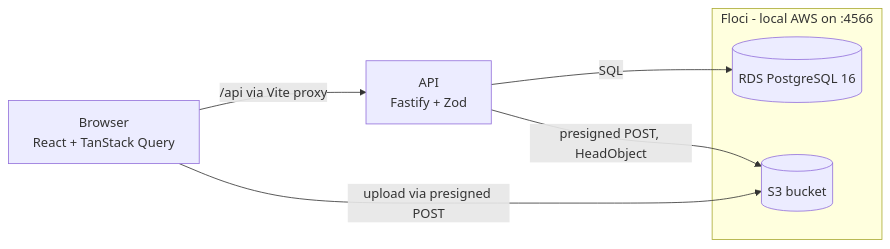
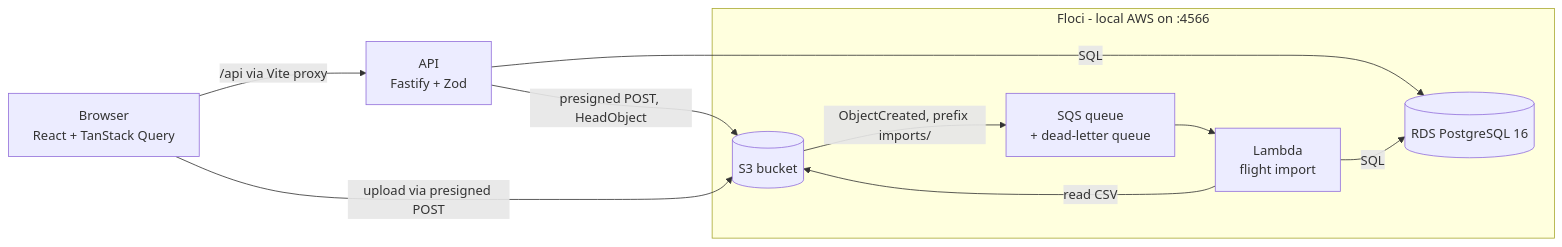
The diagram in README.md (oguzbits/squawk), drawn with Mermaid before and after one commit. The commit also changed other lines of this file and 1 other file, not shown here.

Commit message:
docs: describe the flight import in README and Floci notes

````diff
--- a/README.md
+++ b/README.md
@@ -9,11 +9,17 @@
 ```mermaid
 flowchart LR
   browser[Browser<br/>React + TanStack Query] -->|/api via Vite proxy| api[API<br/>Fastify + Zod]
   api -->|SQL| rds[(RDS PostgreSQL 16)]
   api -->|presigned POST, HeadObject| s3[(S3 bucket)]
   browser -->|upload via presigned POST| s3
+  s3 -->|ObjectCreated, prefix imports/| sqs[SQS queue<br/>+ dead-letter queue]
+  sqs --> lambda[Lambda<br/>flight import]
+  lambda -->|read CSV| s3
+  lambda -->|SQL| rds
   subgraph floci[Floci - local AWS on :4566]
     rds
     s3
+    sqs
+    lambda
   end
 ```
````
